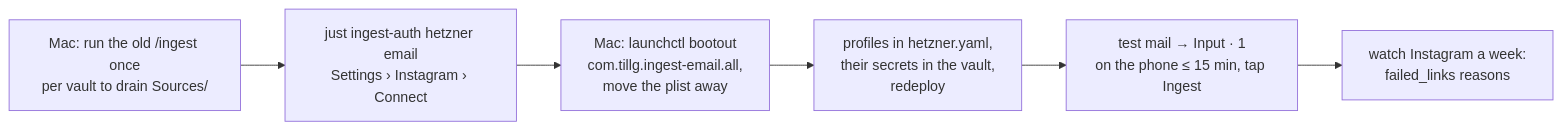
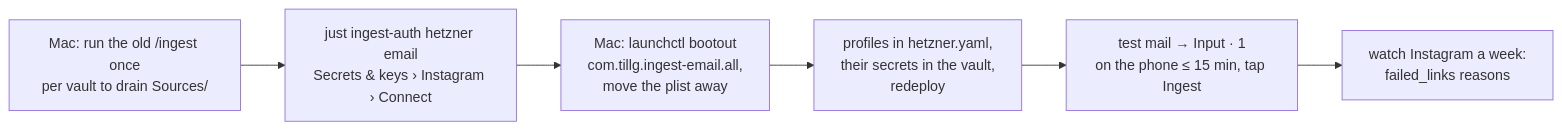
The fourth of 6 diagrams in specs/system/deployment.md (tillg/karpathy.app), drawn with Mermaid before and after one commit. The commit also changed other lines of this file and 5 other files, not shown here.

First line of the commit message:
Admin mode: settings, vaults, secrets, AI, usage and server state as a mode of their own

````diff
--- a/specs/system/deployment.md
+++ b/specs/system/deployment.md
@@ -283,8 +287,8 @@
 ```mermaid
 flowchart LR
   Z[Mac: run the old /ingest once<br/>per vault to drain Sources/] --> A
-  A[just ingest-auth hetzner email<br/>Settings › Instagram › Connect] --> B[Mac: launchctl bootout<br/>com.tillg.ingest-email.all,<br/>move the plist away]
+  A[just ingest-auth hetzner email<br/>Secrets & keys › Instagram › Connect] --> B[Mac: launchctl bootout<br/>com.tillg.ingest-email.all,<br/>move the plist away]
   B --> C[profiles in hetzner.yaml,<br/>their secrets in the vault,<br/>redeploy]
   C --> D[test mail → Input · 1<br/>on the phone ≤ 15 min, tap Ingest]
   D --> E[watch Instagram a week:<br/>failed_links reasons]
 ```
````
